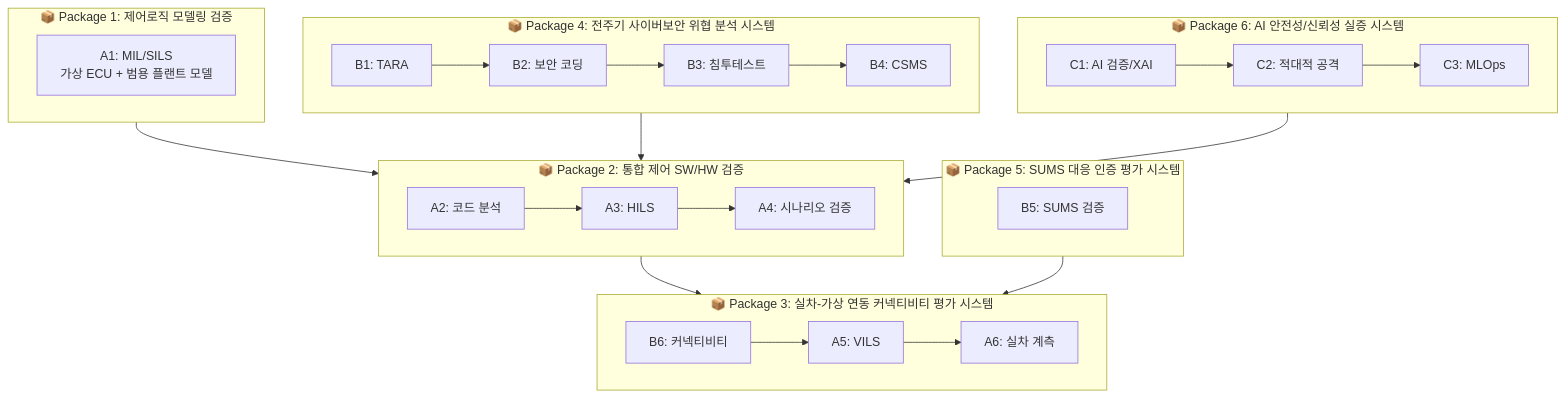
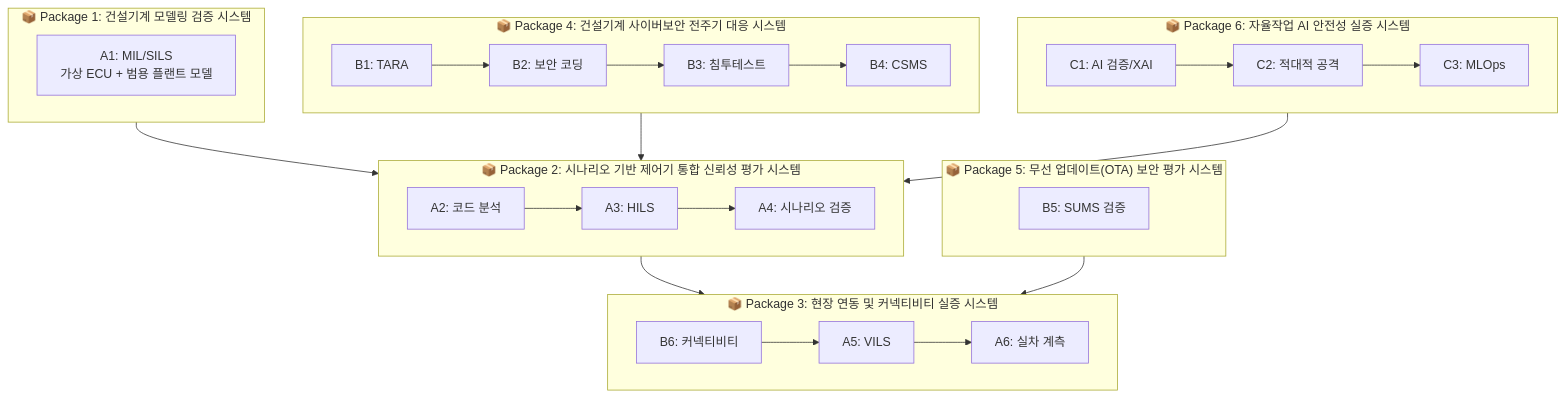
Before and after one commit to rebirther00/report: the diagram in 6. infra_safety/infra_after_feedback/개선안.md, drawn with Mermaid. The commit also changed other lines of this file and 7 other files, not shown here.

````diff
--- a/6. infra_safety/infra_after_feedback/개선안.md
+++ b/6. infra_safety/infra_after_feedback/개선안.md
@@ -38,46 +38,46 @@
 ```mermaid
 flowchart TB
-    subgraph PKG1["📦 Package 1: 제어로직 모델링 검증"]
+    subgraph PKG1["📦 Package 1: 건설기계 모델링 검증 시스템"]
         A1[A1: MIL/SILS<br>가상 ECU + 범용 플랜트 모델]
     end
     
-    subgraph PKG2["📦 Package 2: 통합 제어 SW/HW 검증"]
+    subgraph PKG2["📦 Package 2: 시나리오 기반 제어기 통합 신뢰성 평가 시스템"]
         A2[A2: 코드 분석]
         A3[A3: HILS]
         A4[A4: 시나리오 검증]
         A2 --> A3 --> A4
     end
     
-    subgraph PKG3["📦 Package 3: 실차-가상 연동 커넥티비티 평가 시스템"]
+    subgraph PKG3["📦 Package 3: 현장 연동 및 커넥티비티 실증 시스템"]
         A5[A5: VILS]
         A6[A6: 실차 계측]
         B6[B6: 커넥티비티]
         A5 --> A6
         B6 --> A5
     end
     
-    subgraph PKG4["📦 Package 4: 전주기 사이버보안 위협 분석 시스템"]
+    subgraph PKG4["📦 Package 4: 건설기계 사이버보안 전주기 대응 시스템"]
         B1[B1: TARA]
         B2[B2: 보안 코딩]
         B3[B3: 침투테스트]
         B4[B4: CSMS]
         B1 --> B2 --> B3 --> B4
     end
     
-    subgraph PKG5["📦 Package 5: SUMS 대응 인증 평가 시스템"]
+    subgraph PKG5["📦 Package 5: 무선 업데이트(OTA) 보안 평가 시스템"]
         B5[B5: SUMS 검증]
     end
     
-    subgraph PKG6["📦 Package 6: AI 안전성/신뢰성 실증 시스템"]
+    subgraph PKG6["📦 Package 6: 자율작업 AI 안전성 실증 시스템"]
         C1[C1: AI 검증/XAI]
         C2[C2: 적대적 공격]
         C3[C3: MLOps]
         C1 --> C2 --> C3
     end
     
     PKG1 --> PKG2
     PKG2 --> PKG3
     PKG4 --> PKG2
     PKG5 --> PKG3
     PKG6 --> PKG2
 ```
````
